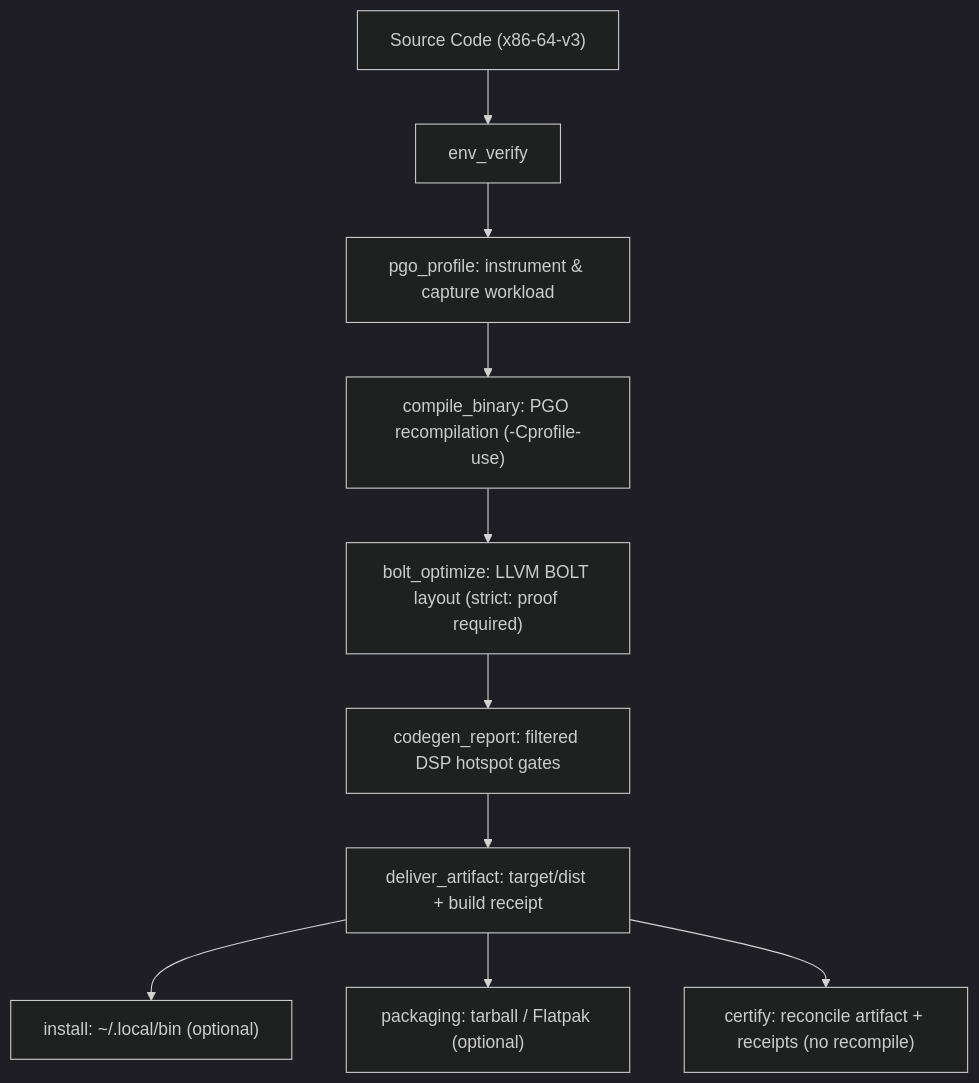
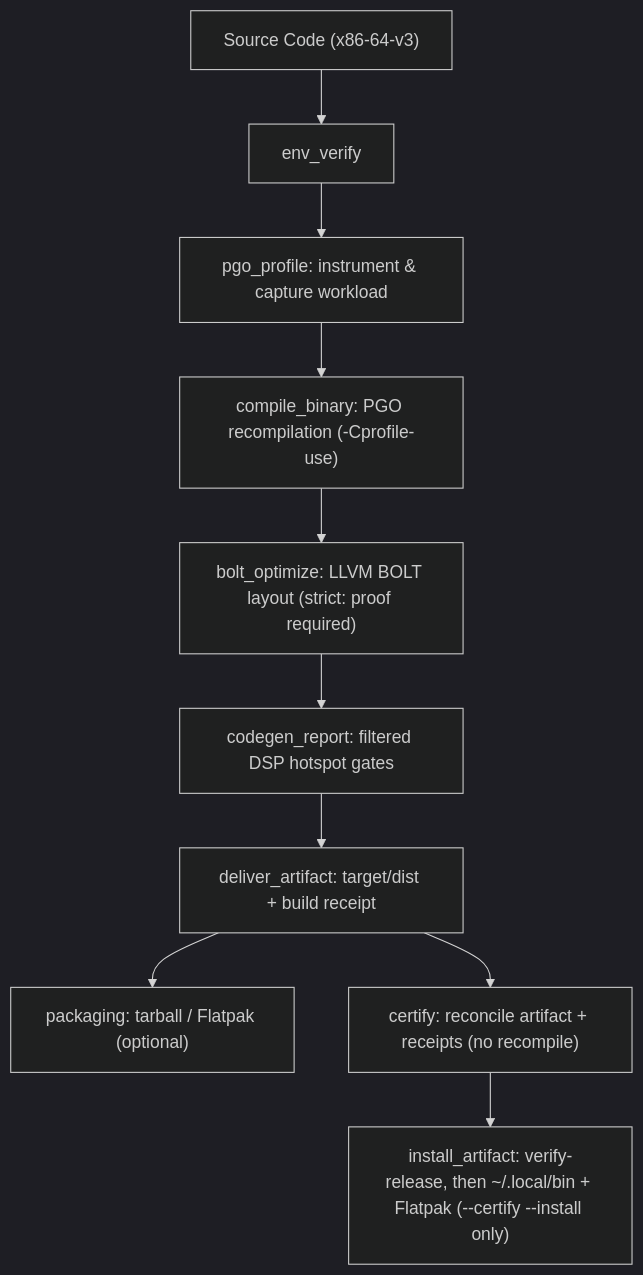
Before and after one commit to fabiohl/NAM-Audio-Pipe: the diagram in docs/testing.md, drawn with Mermaid (dark theme). The commit also changed other lines of this file and 33 other files, not shown here.

````diff
--- a/docs/testing.md
+++ b/docs/testing.md
@@ -405,12 +406,12 @@
 ```mermaid
 flowchart TD
     A["Source Code (x86-64-v3)"] --> B["env_verify"]
     B --> C["pgo_profile: instrument & capture workload"]
     C --> D["compile_binary: PGO recompilation (-Cprofile-use)"]
     D --> E["bolt_optimize: LLVM BOLT layout (strict: proof required)"]
     E --> F["codegen_report: filtered DSP hotspot gates"]
     F --> G["deliver_artifact: target/dist + build receipt"]
-    G --> H["install: ~/.local/bin (optional)"]
     G --> I["packaging: tarball / Flatpak (optional)"]
     G --> J["certify: reconcile artifact + receipts (no recompile)"]
+    J --> K["install_artifact: verify-release, then ~/.local/bin + Flatpak (--certify --install only)"]
 ```
````
